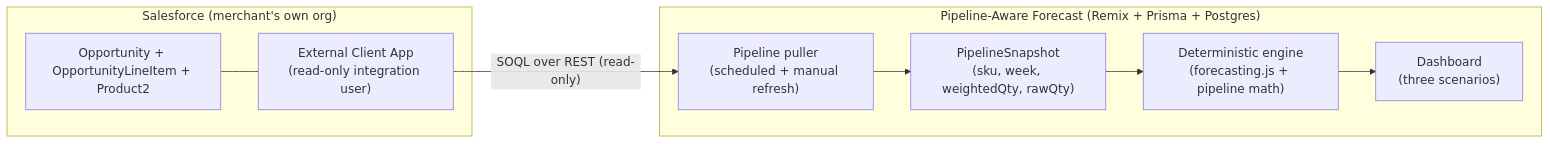
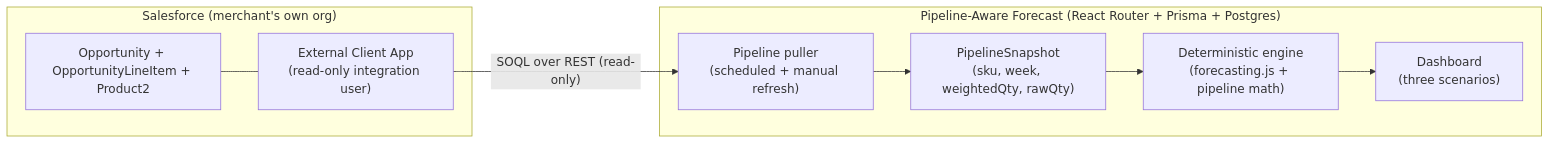
One commit to arsalan-arshad/pipeline-aware-forecast changed the diagram in README.md. Above: the diagram before and after it, drawn with Mermaid. The commit also changed other lines of this file and 20 other files, not shown here.

First line of the commit message:
Migrate from Remix 2 to React Router 7 (clears the remaining audit findings) (#4)

````diff
--- a/README.md
+++ b/README.md
@@ -46,16 +46,16 @@
 ```mermaid
 flowchart LR
     subgraph SF ["Salesforce (merchant's own org)"]
         O["Opportunity + OpportunityLineItem + Product2"]
         ECA["External Client App\n(read-only integration user)"]
         O --- ECA
     end
-    subgraph SH ["Pipeline-Aware Forecast (Remix + Prisma + Postgres)"]
+    subgraph SH ["Pipeline-Aware Forecast (React Router + Prisma + Postgres)"]
         P["Pipeline puller\n(scheduled + manual refresh)"]
         S["PipelineSnapshot\n(sku, week, weightedQty, rawQty)"]
         E["Deterministic engine\n(forecasting.js + pipeline math)"]
         D["Dashboard\n(three scenarios)"]
         P --> S --> E --> D
     end
     ECA -->|"SOQL over REST (read-only)"| P
 ```
````
